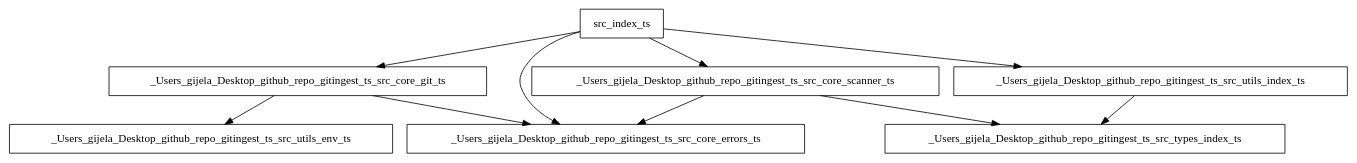
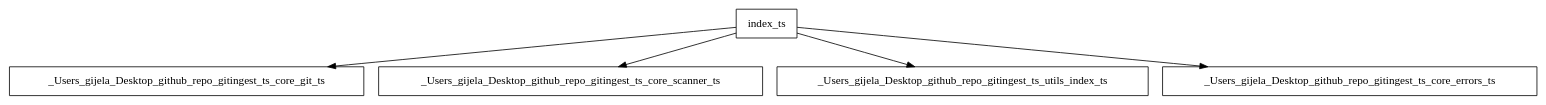
One commit to Gijela/git-analyze changed the diagram in examples/reports/dependency-graph.dot. Above: the diagram before and after it, drawn with Graphviz. The commit also changed 4 other files, not shown here.

Commit message:
feat: Revamp README and reporting formats for GitIngest-TS. Update documentation to include comprehensive features in Chinese, enhance dependency graph outputs, and improve HTML report styling. Refactor file paths in reports for clarity and consistency.

```diff
--- a/examples/reports/dependency-graph.dot
+++ b/examples/reports/dependency-graph.dot
@@ -1,12 +1,7 @@
 digraph DependencyGraph {
   node [shape=box];
-  "src_index_ts" -> "_Users_gijela_Desktop_github_repo_gitingest_ts_src_core_git_ts";
-  "src_index_ts" -> "_Users_gijela_Desktop_github_repo_gitingest_ts_src_core_scanner_ts";
-  "src_index_ts" -> "_Users_gijela_Desktop_github_repo_gitingest_ts_src_utils_index_ts";
-  "src_index_ts" -> "_Users_gijela_Desktop_github_repo_gitingest_ts_src_core_errors_ts";
-  "_Users_gijela_Desktop_github_repo_gitingest_ts_src_core_git_ts" -> "_Users_gijela_Desktop_github_repo_gitingest_ts_src_core_errors_ts";
-  "_Users_gijela_Desktop_github_repo_gitingest_ts_src_core_git_ts" -> "_Users_gijela_Desktop_github_repo_gitingest_ts_src_utils_env_ts";
-  "_Users_gijela_Desktop_github_repo_gitingest_ts_src_core_scanner_ts" -> "_Users_gijela_Desktop_github_repo_gitingest_ts_src_types_index_ts";
-  "_Users_gijela_Desktop_github_repo_gitingest_ts_src_core_scanner_ts" -> "_Users_gijela_Desktop_github_repo_gitingest_ts_src_core_errors_ts";
-  "_Users_gijela_Desktop_github_repo_gitingest_ts_src_utils_index_ts" -> "_Users_gijela_Desktop_github_repo_gitingest_ts_src_types_index_ts";
+  "index_ts" -> "_Users_gijela_Desktop_github_repo_gitingest_ts_core_git_ts";
+  "index_ts" -> "_Users_gijela_Desktop_github_repo_gitingest_ts_core_scanner_ts";
+  "index_ts" -> "_Users_gijela_Desktop_github_repo_gitingest_ts_utils_index_ts";
+  "index_ts" -> "_Users_gijela_Desktop_github_repo_gitingest_ts_core_errors_ts";
 }
```
